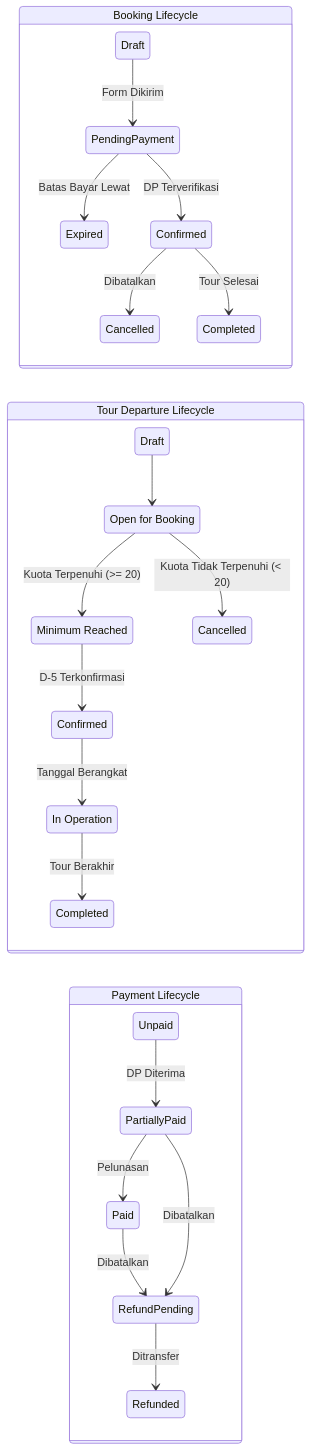
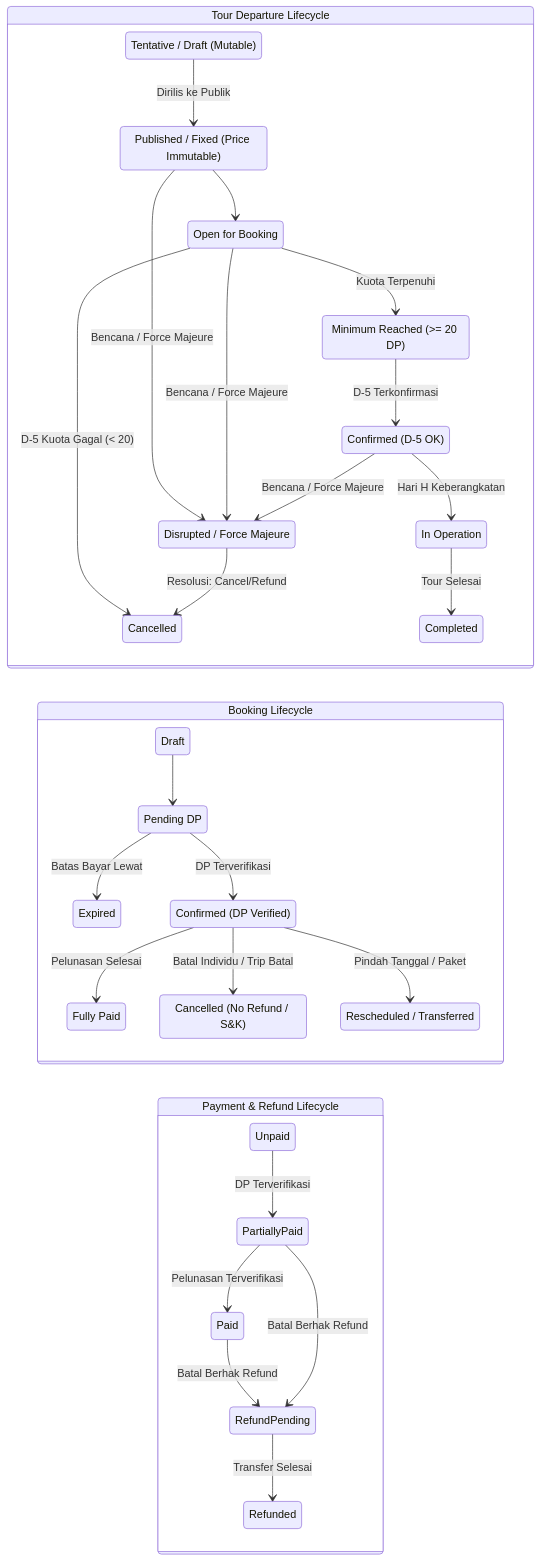
One commit to mfauzanfikri/tms-docs changed the second of 2 diagrams in contexts/01_BRD_Travel_Trip_Management.md. Above: the diagram before and after it, drawn with Mermaid. The commit also changed other lines of this file and 3 other files, not shown here.

Commit message:
docs(context): sync BRD, flow, BPMN, and module design with latest business rules

````diff
--- a/contexts/01_BRD_Travel_Trip_Management.md
+++ b/contexts/01_BRD_Travel_Trip_Management.md
@@ -128,37 +140,54 @@
 ```mermaid
 stateDiagram-v2
     direction LR
 
-    state "Booking Lifecycle" as BL {
-        Draft --> PendingPayment : Form Dikirim
-        PendingPayment --> Expired : Batas Bayar Lewat
-        PendingPayment --> Confirmed : DP Terverifikasi
-        Confirmed --> Cancelled : Dibatalkan
-        Confirmed --> Completed : Tour Selesai
+    state "Tour Departure Lifecycle" as DL {
+        Tentative : Tentative / Draft (Mutable)
+        Published : Published / Fixed (Price Immutable)
+        InBooking : Open for Booking
+        MinReached : Minimum Reached (>= 20 DP)
+        ConfirmedDep : Confirmed (D-5 OK)
+        InOp : In Operation
+        Comp : Completed
+        Disrupted : Disrupted / Force Majeure
+        CancelledDep : Cancelled
+
+        Tentative --> Published : Dirilis ke Publik
+        Published --> InBooking
+        InBooking --> MinReached : Kuota Terpenuhi
+        InBooking --> CancelledDep : D-5 Kuota Gagal (< 20)
+        MinReached --> ConfirmedDep : D-5 Terkonfirmasi
+        ConfirmedDep --> InOp : Hari H Keberangkatan
+        InOp --> Comp : Tour Selesai
+
+        Published --> Disrupted : Bencana / Force Majeure
+        InBooking --> Disrupted : Bencana / Force Majeure
+        ConfirmedDep --> Disrupted : Bencana / Force Majeure
+        Disrupted --> CancelledDep : Resolusi: Cancel/Refund
     }
 
-    state "Tour Departure Lifecycle" as DL {
-        DraftDep : Draft
-        OpenBooking : Open for Booking
-        MinReached : Minimum Reached
-        ConfirmedDep : Confirmed
-        InOp : In Operation
-        Comp : Completed
-        CancelledDep : Cancelled
+    state "Booking Lifecycle" as BL {
+        DraftBK : Draft
+        PendingPayment : Pending DP
+        ExpiredBK : Expired
+        ConfirmedBK : Confirmed (DP Verified)
+        FullyPaidBK : Fully Paid
+        RescheduledBK : Rescheduled / Transferred
+        CancelledBK : Cancelled (No Refund / S&K)
 
-        DraftDep --> OpenBooking
-        OpenBooking --> MinReached : Kuota Terpenuhi (>= 20)
-        OpenBooking --> CancelledDep : Kuota Tidak Terpenuhi (< 20)
-        MinReached --> ConfirmedDep : D-5 Terkonfirmasi
-        ConfirmedDep --> InOp : Tanggal Berangkat
-        InOp --> Comp : Tour Berakhir
+        DraftBK --> PendingPayment
+        PendingPayment --> ExpiredBK : Batas Bayar Lewat
+        PendingPayment --> ConfirmedBK : DP Terverifikasi
+        ConfirmedBK --> FullyPaidBK : Pelunasan Selesai
+        ConfirmedBK --> CancelledBK : Batal Individu / Trip Batal
+        ConfirmedBK --> RescheduledBK : Pindah Tanggal / Paket
     }
 
-    state "Payment Lifecycle" as PL {
-        Unpaid --> PartiallyPaid : DP Diterima
-        PartiallyPaid --> Paid : Pelunasan
-        Paid --> RefundPending : Dibatalkan
-        PartiallyPaid --> RefundPending : Dibatalkan
-        RefundPending --> Refunded : Ditransfer
+    state "Payment & Refund Lifecycle" as PL {
+        Unpaid --> PartiallyPaid : DP Terverifikasi
+        PartiallyPaid --> Paid : Pelunasan Terverifikasi
+        Paid --> RefundPending : Batal Berhak Refund
+        PartiallyPaid --> RefundPending : Batal Berhak Refund
+        RefundPending --> Refunded : Transfer Selesai
     }
 ```
````
